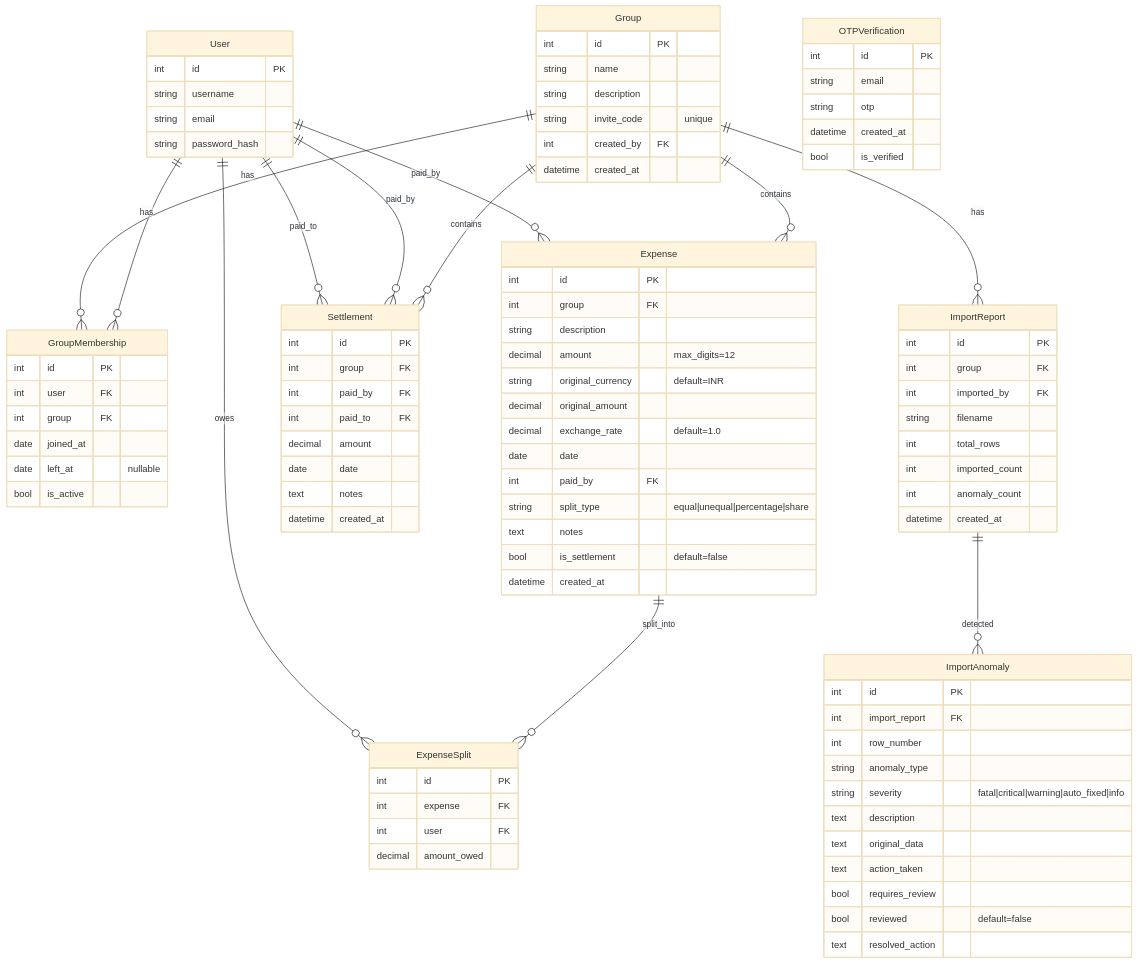
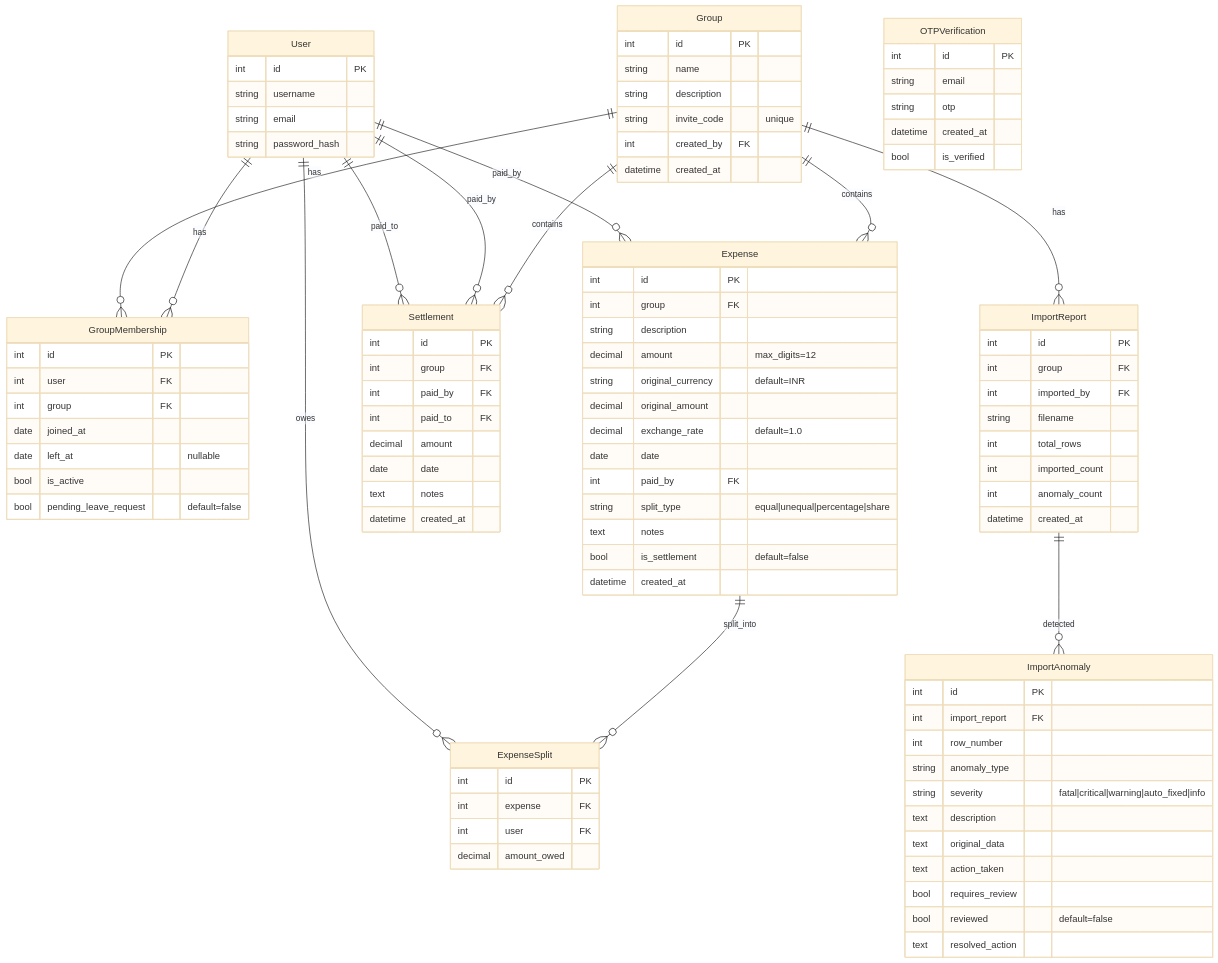
The diagram in SCOPE.md (YaswanthKumarMallela01/FairShare_Spreetail), drawn with Mermaid (base theme) before and after one commit. The commit also changed other lines of this file and 2 other files, not shown here.

Commit message:
docs: document password toggles, O(N) timeline, email reminders, and moderated leave requests

```diff
--- a/SCOPE.md
+++ b/SCOPE.md
@@ -109,6 +109,7 @@
         date joined_at
         date left_at "nullable"
         bool is_active
+        bool pending_leave_request "default=false"
     }
 
     Expense {
```
